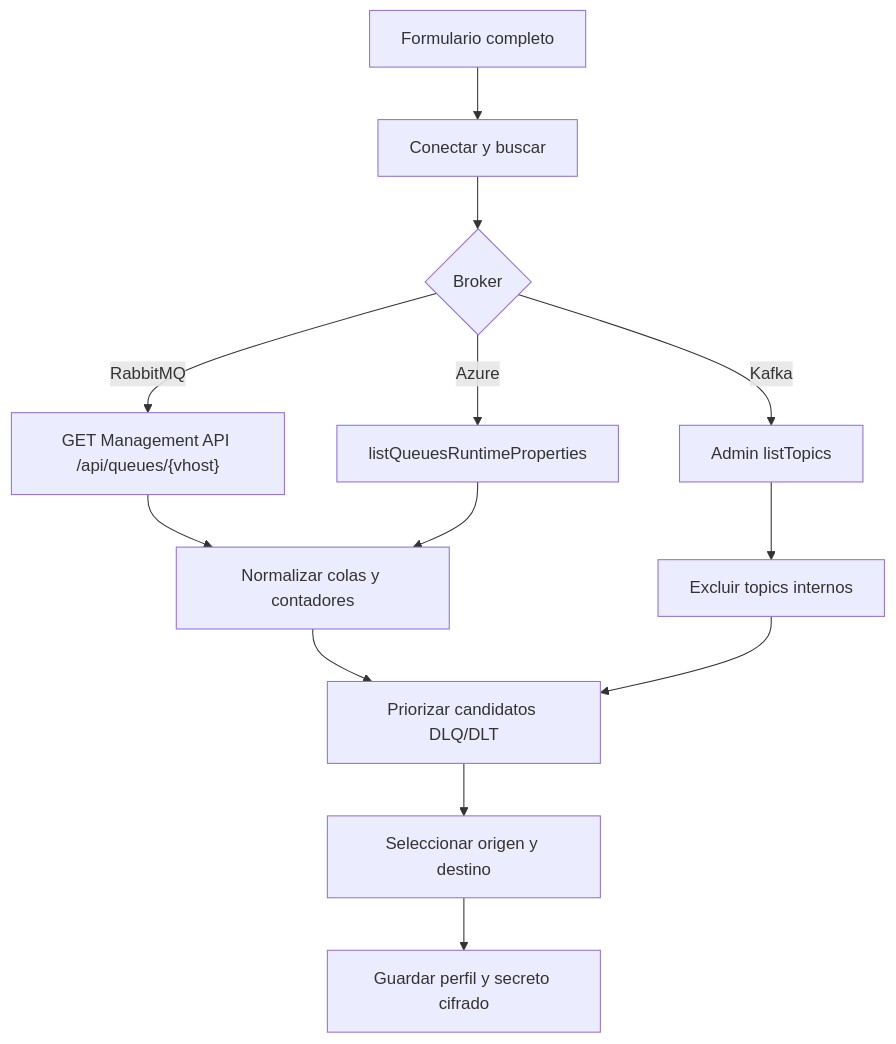
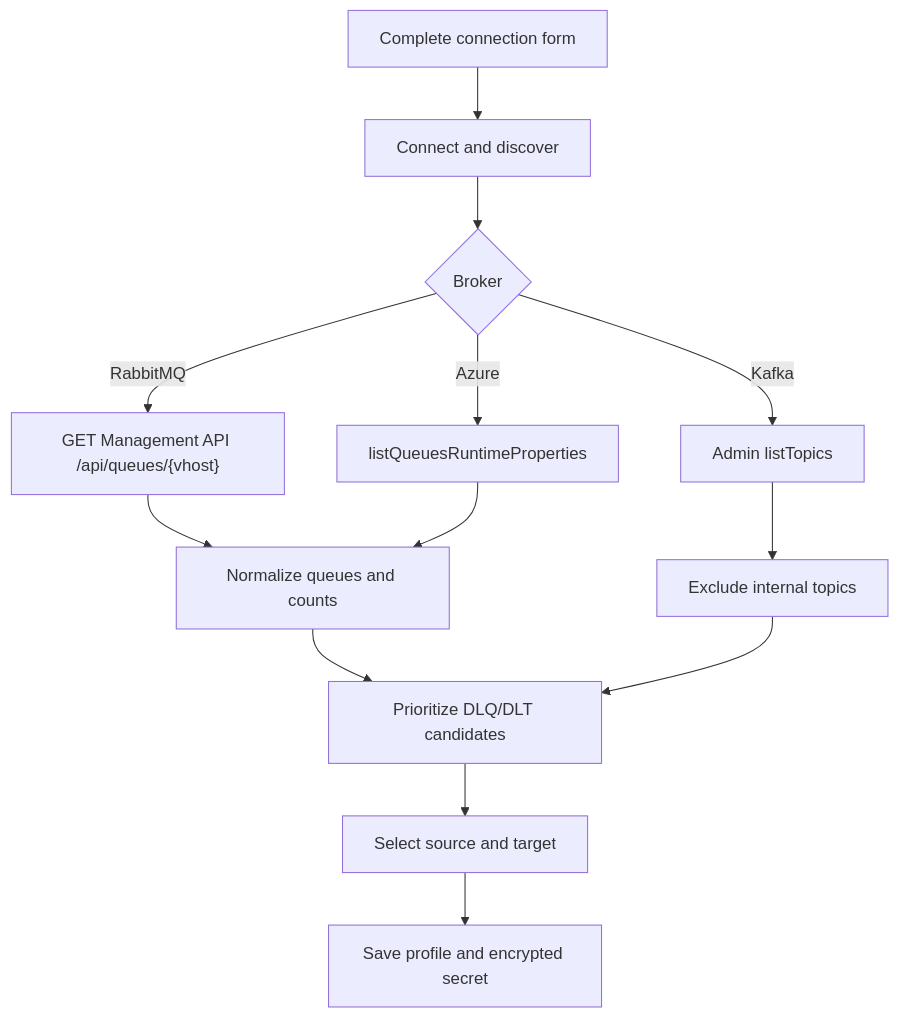
Before and after one commit to crisjar3/dlq-commander: the third of 4 diagrams in docs/architecture.md, drawn with Mermaid. The commit also changed other lines of this file and 24 other files, not shown here.

````diff
--- a/docs/architecture.md
+++ b/docs/architecture.md
@@ -82,15 +82,15 @@
 ```mermaid
 flowchart TD
-    A["Formulario completo"] --> B["Conectar y buscar"]
+    A["Complete connection form"] --> B["Connect and discover"]
     B --> C{"Broker"}
     C -->|"RabbitMQ"| D["GET Management API /api/queues/{vhost}"]
     C -->|"Kafka"| E["Admin listTopics"]
     C -->|"Azure"| F["listQueuesRuntimeProperties"]
-    D --> G["Normalizar colas y contadores"]
-    E --> H["Excluir topics internos"]
+    D --> G["Normalize queues and counts"]
+    E --> H["Exclude internal topics"]
     F --> G
-    G --> I["Priorizar candidatos DLQ/DLT"]
+    G --> I["Prioritize DLQ/DLT candidates"]
     H --> I
-    I --> J["Seleccionar origen y destino"]
-    J --> K["Guardar perfil y secreto cifrado"]
+    I --> J["Select source and target"]
+    J --> K["Save profile and encrypted secret"]
 ```
````
